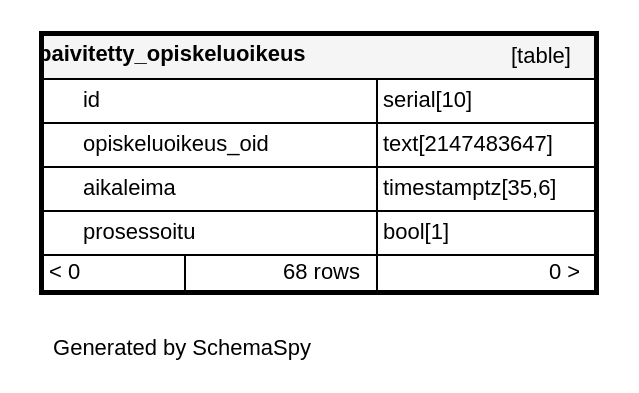
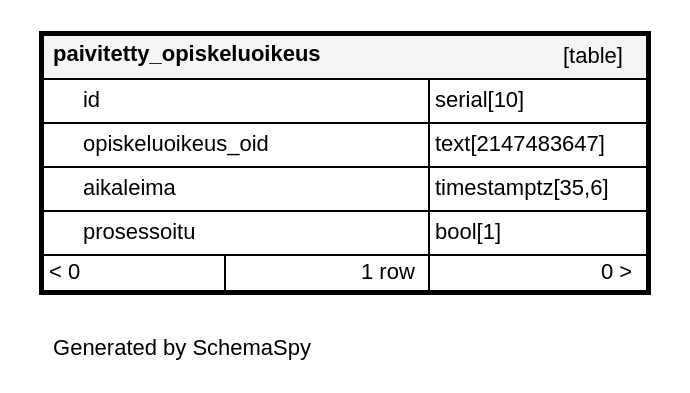
The diagram in documentation/tietokantaskeemat/koski/diagrams/tables/paivitetty_opiskeluoikeus.1degree.dot (Opetushallitus/koski), drawn with Graphviz before and after one commit. The commit also changed 118 other files, not shown here.

```diff
--- a/documentation/tietokantaskeemat/koski/diagrams/tables/paivitetty_opiskeluoikeus.1degree.dot
+++ b/documentation/tietokantaskeemat/koski/diagrams/tables/paivitetty_opiskeluoikeus.1degree.dot
@@ -1,17 +1,17 @@
 digraph "oneDegreeRelationshipsDiagram" {
   graph [    rankdir="RL"    bgcolor="#ffffff"    label="\nGenerated by SchemaSpy"    labeljust="l"    nodesep="0.18"    ranksep="0.46"    fontname="Helvetica"    fontsize="11"    ration="compress"  ];  node [    fontname="Helvetica"    fontsize="11"    shape="plaintext"  ];  edge [    arrowsize="0.8"  ];
   "paivitetty_opiskeluoikeus" [
    label=<
     <TABLE BORDER="2" CELLBORDER="1" CELLSPACING="0" BGCOLOR="#ffffff">
-      <TR><TD COLSPAN="4"  BGCOLOR="#f5f5f5"><TABLE BORDER="0" CELLSPACING="0"><TR><TD ALIGN="LEFT" FIXEDSIZE="TRUE" WIDTH="146" HEIGHT="16"><B>paivitetty_opiskeluoikeus</B></TD><TD ALIGN="RIGHT">[table]</TD></TR></TABLE></TD></TR>
-      <TR><TD PORT="id" COLSPAN="2" BGCOLOR="#ffffff" ALIGN="LEFT"><TABLE BORDER="0" CELLSPACING="0" ALIGN="LEFT"><TR ALIGN="LEFT"><TD ALIGN="LEFT" FIXEDSIZE="TRUE" WIDTH="15" HEIGHT="16"></TD><TD ALIGN="LEFT" FIXEDSIZE="TRUE" WIDTH="146" HEIGHT="16">id</TD></TR></TABLE></TD><TD PORT="id.type" ALIGN="LEFT">serial[10]</TD></TR>
-      <TR><TD PORT="opiskeluoikeus_oid" COLSPAN="2" ALIGN="LEFT"><TABLE BORDER="0" CELLSPACING="0" ALIGN="LEFT"><TR ALIGN="LEFT"><TD ALIGN="LEFT" FIXEDSIZE="TRUE" WIDTH="15" HEIGHT="16"></TD><TD ALIGN="LEFT" FIXEDSIZE="TRUE" WIDTH="146" HEIGHT="16">opiskeluoikeus_oid</TD></TR></TABLE></TD><TD PORT="opiskeluoikeus_oid.type" ALIGN="LEFT">text[2147483647]</TD></TR>
-      <TR><TD PORT="aikaleima" COLSPAN="2" BGCOLOR="#ffffff" ALIGN="LEFT"><TABLE BORDER="0" CELLSPACING="0" ALIGN="LEFT"><TR ALIGN="LEFT"><TD ALIGN="LEFT" FIXEDSIZE="TRUE" WIDTH="15" HEIGHT="16"></TD><TD ALIGN="LEFT" FIXEDSIZE="TRUE" WIDTH="146" HEIGHT="16">aikaleima</TD></TR></TABLE></TD><TD PORT="aikaleima.type" ALIGN="LEFT">timestamptz[35,6]</TD></TR>
-      <TR><TD PORT="prosessoitu" COLSPAN="2" BGCOLOR="#ffffff" ALIGN="LEFT"><TABLE BORDER="0" CELLSPACING="0" ALIGN="LEFT"><TR ALIGN="LEFT"><TD ALIGN="LEFT" FIXEDSIZE="TRUE" WIDTH="15" HEIGHT="16"></TD><TD ALIGN="LEFT" FIXEDSIZE="TRUE" WIDTH="146" HEIGHT="16">prosessoitu</TD></TR></TABLE></TD><TD PORT="prosessoitu.type" ALIGN="LEFT">bool[1]</TD></TR>
-      <TR><TD ALIGN="LEFT" BGCOLOR="#ffffff">&lt; 0</TD><TD ALIGN="RIGHT" BGCOLOR="#ffffff">68 rows</TD><TD ALIGN="RIGHT" BGCOLOR="#ffffff">0 &gt;</TD></TR>
+      <TR><TD COLSPAN="4"  BGCOLOR="#f5f5f5"><TABLE BORDER="0" CELLSPACING="0"><TR><TD ALIGN="LEFT" FIXEDSIZE="TRUE" WIDTH="172" HEIGHT="16"><B>paivitetty_opiskeluoikeus</B></TD><TD ALIGN="RIGHT">[table]</TD></TR></TABLE></TD></TR>
+      <TR><TD PORT="id" COLSPAN="2" BGCOLOR="#ffffff" ALIGN="LEFT"><TABLE BORDER="0" CELLSPACING="0" ALIGN="LEFT"><TR ALIGN="LEFT"><TD ALIGN="LEFT" FIXEDSIZE="TRUE" WIDTH="15" HEIGHT="16"></TD><TD ALIGN="LEFT" FIXEDSIZE="TRUE" WIDTH="172" HEIGHT="16">id</TD></TR></TABLE></TD><TD PORT="id.type" ALIGN="LEFT">serial[10]</TD></TR>
+      <TR><TD PORT="opiskeluoikeus_oid" COLSPAN="2" ALIGN="LEFT"><TABLE BORDER="0" CELLSPACING="0" ALIGN="LEFT"><TR ALIGN="LEFT"><TD ALIGN="LEFT" FIXEDSIZE="TRUE" WIDTH="15" HEIGHT="16"></TD><TD ALIGN="LEFT" FIXEDSIZE="TRUE" WIDTH="172" HEIGHT="16">opiskeluoikeus_oid</TD></TR></TABLE></TD><TD PORT="opiskeluoikeus_oid.type" ALIGN="LEFT">text[2147483647]</TD></TR>
+      <TR><TD PORT="aikaleima" COLSPAN="2" BGCOLOR="#ffffff" ALIGN="LEFT"><TABLE BORDER="0" CELLSPACING="0" ALIGN="LEFT"><TR ALIGN="LEFT"><TD ALIGN="LEFT" FIXEDSIZE="TRUE" WIDTH="15" HEIGHT="16"></TD><TD ALIGN="LEFT" FIXEDSIZE="TRUE" WIDTH="172" HEIGHT="16">aikaleima</TD></TR></TABLE></TD><TD PORT="aikaleima.type" ALIGN="LEFT">timestamptz[35,6]</TD></TR>
+      <TR><TD PORT="prosessoitu" COLSPAN="2" BGCOLOR="#ffffff" ALIGN="LEFT"><TABLE BORDER="0" CELLSPACING="0" ALIGN="LEFT"><TR ALIGN="LEFT"><TD ALIGN="LEFT" FIXEDSIZE="TRUE" WIDTH="15" HEIGHT="16"></TD><TD ALIGN="LEFT" FIXEDSIZE="TRUE" WIDTH="172" HEIGHT="16">prosessoitu</TD></TR></TABLE></TD><TD PORT="prosessoitu.type" ALIGN="LEFT">bool[1]</TD></TR>
+      <TR><TD ALIGN="LEFT" BGCOLOR="#ffffff">&lt; 0</TD><TD ALIGN="RIGHT" BGCOLOR="#ffffff">1 row</TD><TD ALIGN="RIGHT" BGCOLOR="#ffffff">0 &gt;</TD></TR>
     </TABLE>>
     URL="../../tables/paivitetty_opiskeluoikeus.html"
     target="_top"
     tooltip="paivitetty_opiskeluoikeus"
   ];
 }
```
